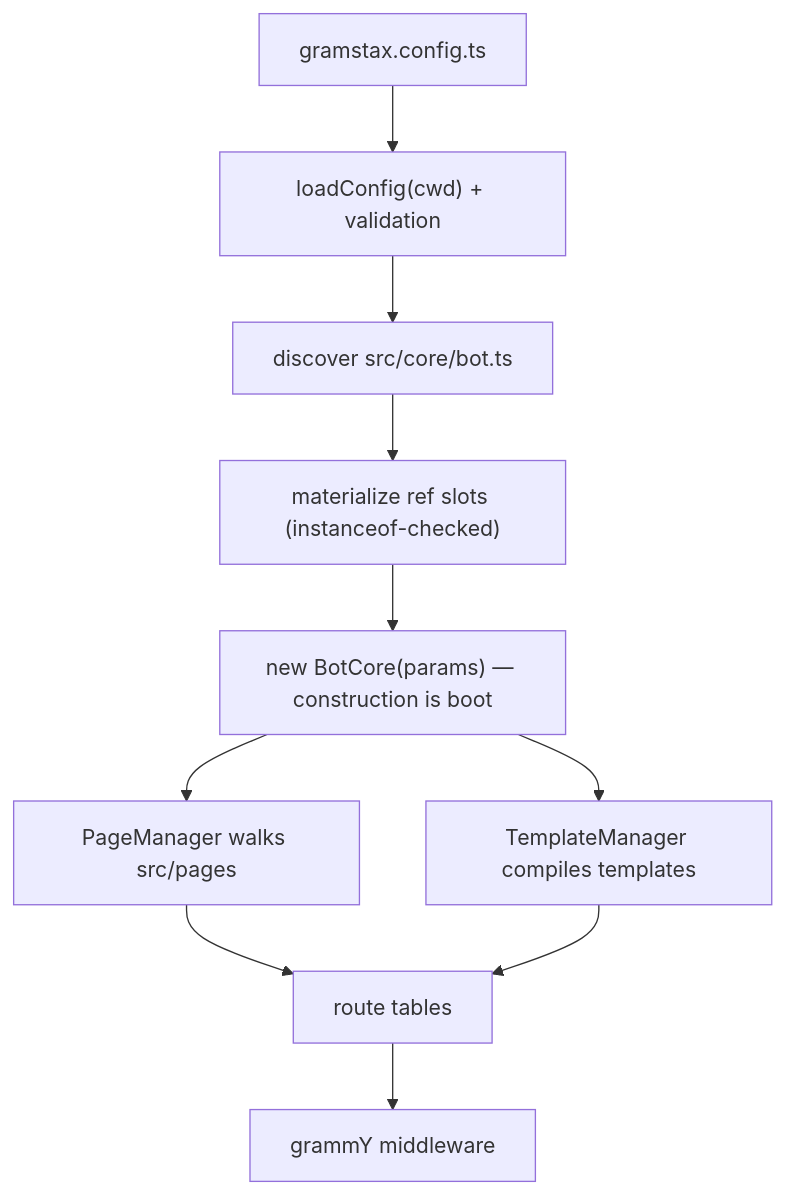
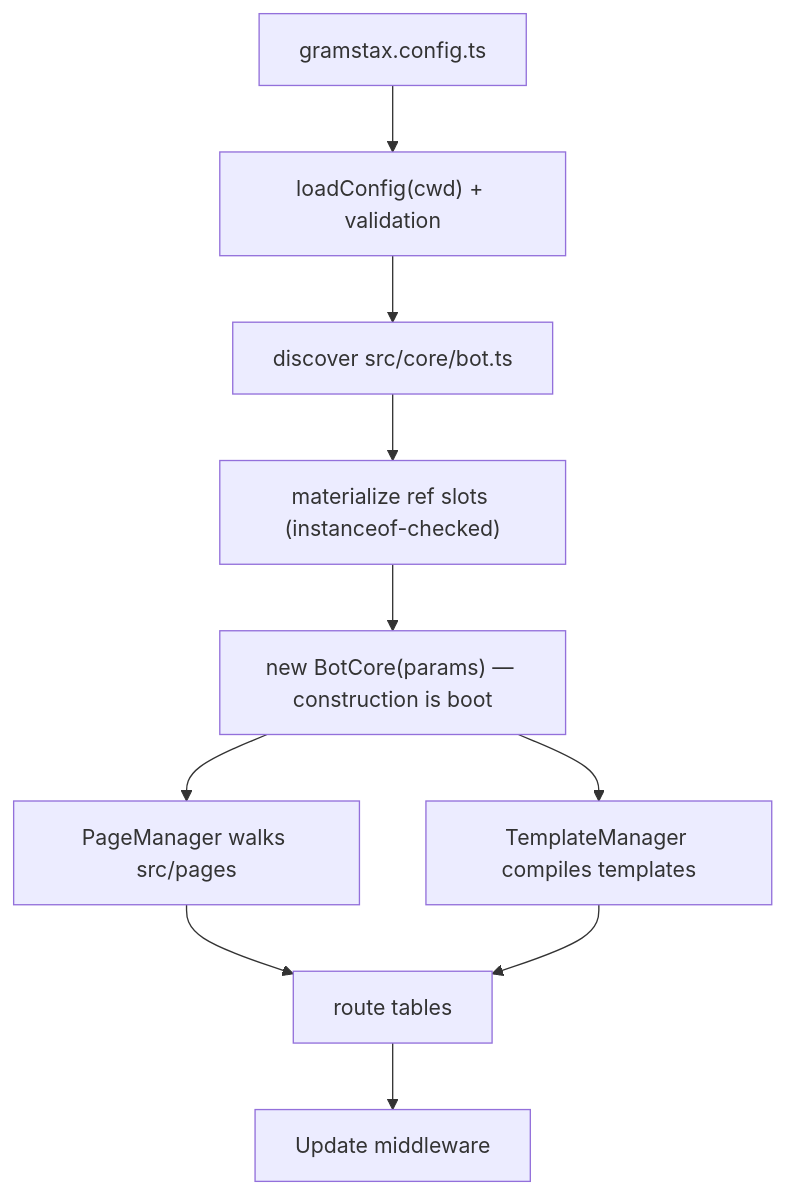
One commit to gramstax/gramstax changed the diagram in README.md. Above: the diagram before and after it, drawn with Mermaid. The commit also changed other lines of this file and 7 other files, not shown here.

````diff
--- a/README.md
+++ b/README.md
@@ -538,12 +538,12 @@
 ```mermaid
 flowchart TD
     C["gramstax.config.ts"] --> L["loadConfig(cwd) + validation"]
     L --> D["discover src/core/bot.ts"]
     D --> M["materialize ref slots (instanceof-checked)"]
     M --> B["new BotCore(params) — construction is boot"]
     B --> P["PageManager walks src/pages"]
     B --> T["TemplateManager compiles templates"]
     P --> R["route tables"]
     T --> R
-    R --> U["grammY middleware"]
+    R --> U["Update middleware"]
 ```
````
